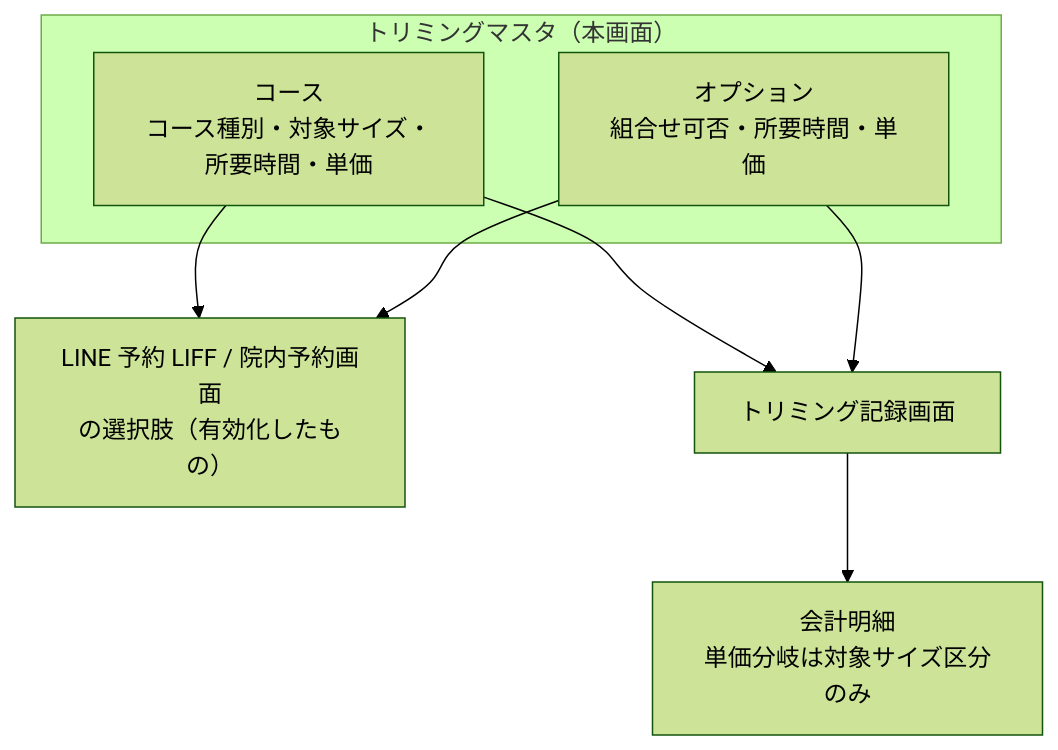
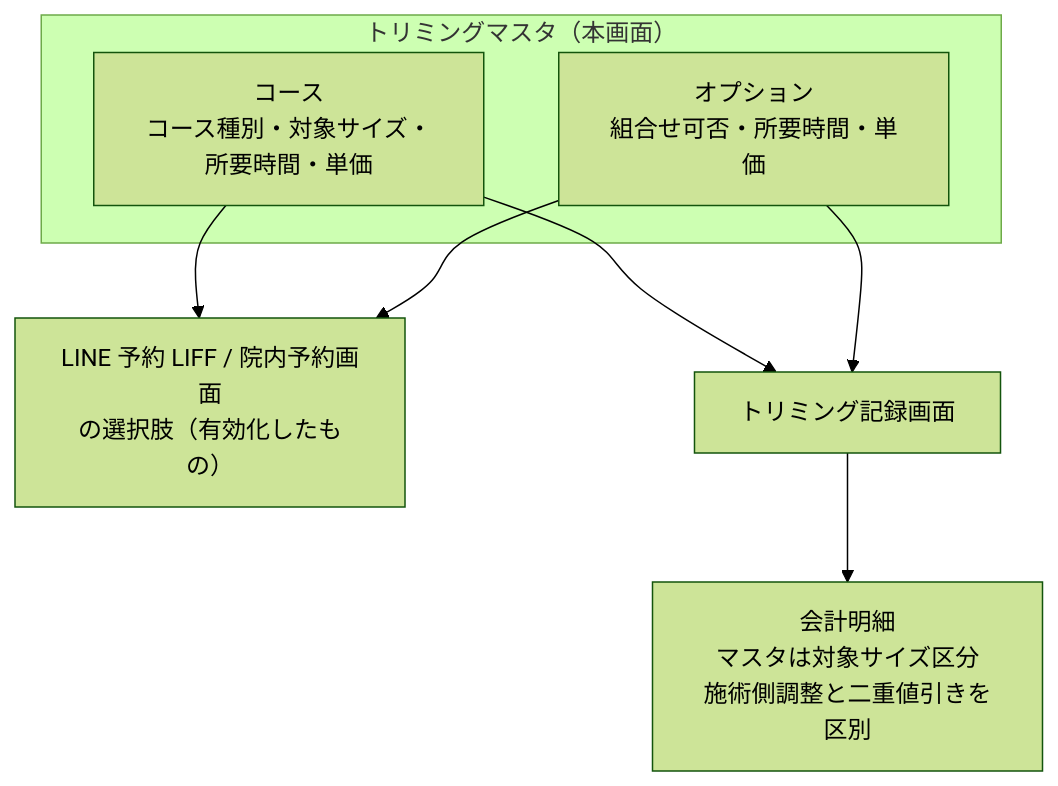
One commit to MinoruSoga/AnimalEkarte changed the diagram in docs/spec/screens/settings/master-trimming.md. Above: the diagram before and after it, drawn with Mermaid (forest theme). The commit also changed other lines of this file and 62 other files, not shown here.

````diff
--- a/docs/spec/screens/settings/master-trimming.md
+++ b/docs/spec/screens/settings/master-trimming.md
@@ -36,12 +36,12 @@
 ```mermaid
 flowchart TB
     subgraph master["トリミングマスタ（本画面）"]
         course["コース<br/>コース種別・対象サイズ・所要時間・単価"]
         option["オプション<br/>組合せ可否・所要時間・単価"]
     end
     course --> sel["LINE 予約 LIFF / 院内予約画面<br/>の選択肢（有効化したもの）"]
     option --> sel
     course --> rec["トリミング記録画面"]
     option --> rec
-    rec --> bill["会計明細<br/>単価分岐は対象サイズ区分のみ"]
+    rec --> bill["会計明細<br/>マスタは対象サイズ区分<br/>施術側調整と二重値引きを区別"]
 ```
````
